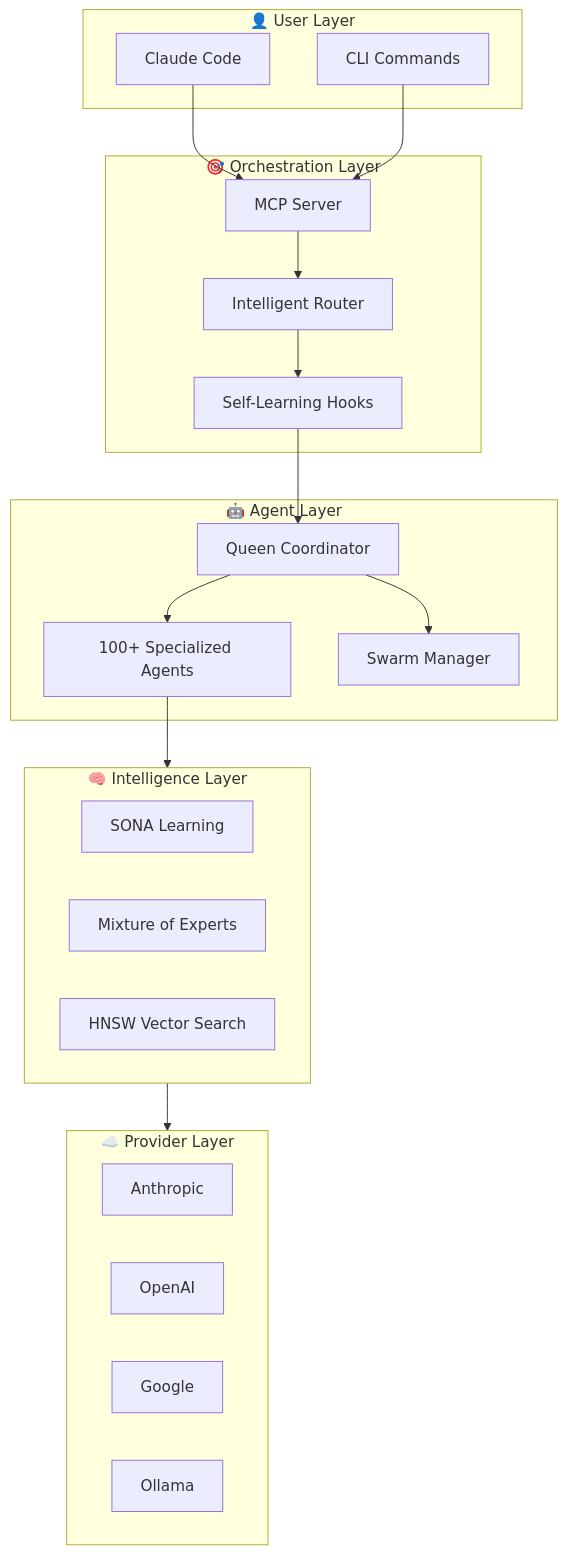
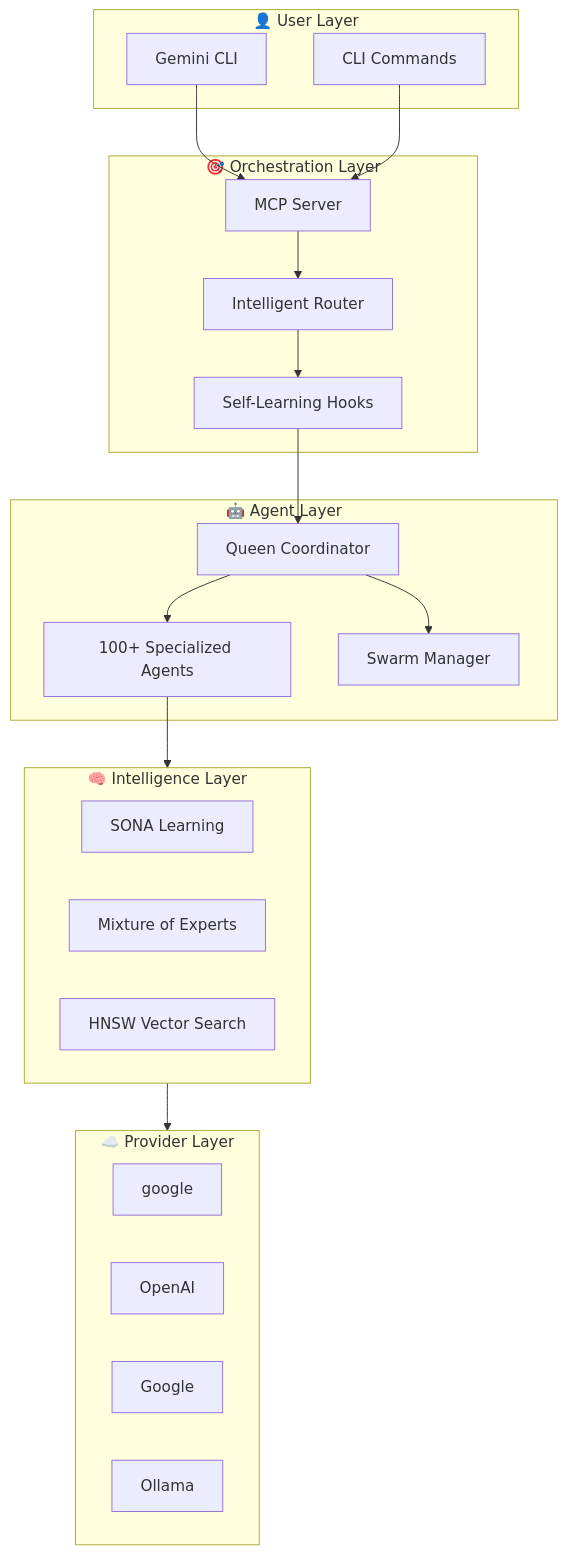
One commit to mrinalsunny/gemiflow changed the second of 6 diagrams in docs/USERGUIDE.md. Above: the diagram before and after it, drawn with Mermaid. The commit also changed other lines of this file and 816 other files, not shown here.

````diff
--- a/docs/USERGUIDE.md
+++ b/docs/USERGUIDE.md
@@ -956,42 +956,42 @@
 ```mermaid
 flowchart TB
     subgraph User["👤 User Layer"]
-        CC[Claude Code]
+        CC[Gemini CLI]
         CLI[CLI Commands]
     end
 
     subgraph Orchestration["🎯 Orchestration Layer"]
         MCP[MCP Server]
         Router[Intelligent Router]
         Hooks[Self-Learning Hooks]
     end
 
     subgraph Agents["🤖 Agent Layer"]
         Queen[Queen Coordinator]
         Workers[100+ Specialized Agents]
         Swarm[Swarm Manager]
     end
 
     subgraph Intelligence["🧠 Intelligence Layer"]
         SONA[SONA Learning]
         MoE[Mixture of Experts]
         HNSW[HNSW Vector Search]
     end
 
     subgraph Providers["☁️ Provider Layer"]
-        Anthropic[Anthropic]
+        google[google]
         OpenAI[OpenAI]
         Google[Google]
         Ollama[Ollama]
     end
 
     CC --> MCP
     CLI --> MCP
     MCP --> Router
     Router --> Hooks
     Hooks --> Queen
     Queen --> Workers
     Queen --> Swarm
     Workers --> Intelligence
     Intelligence --> Providers
 ```
````
